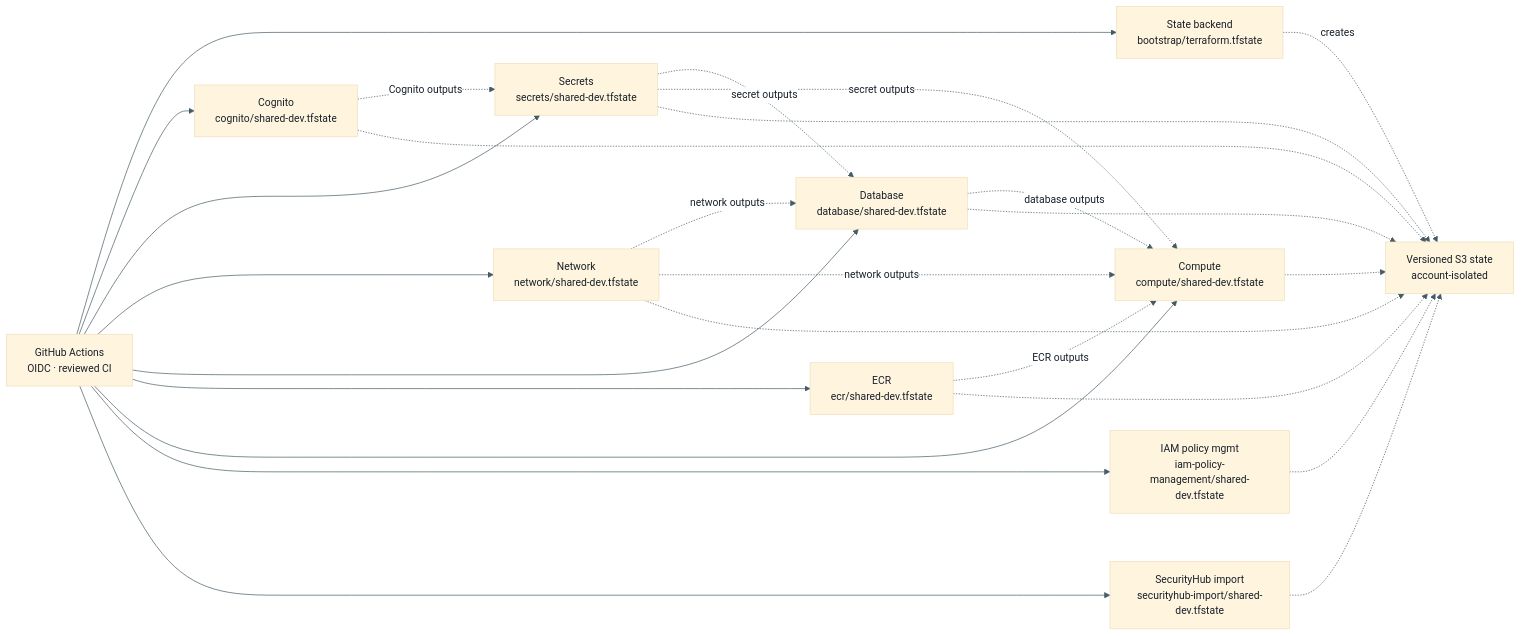
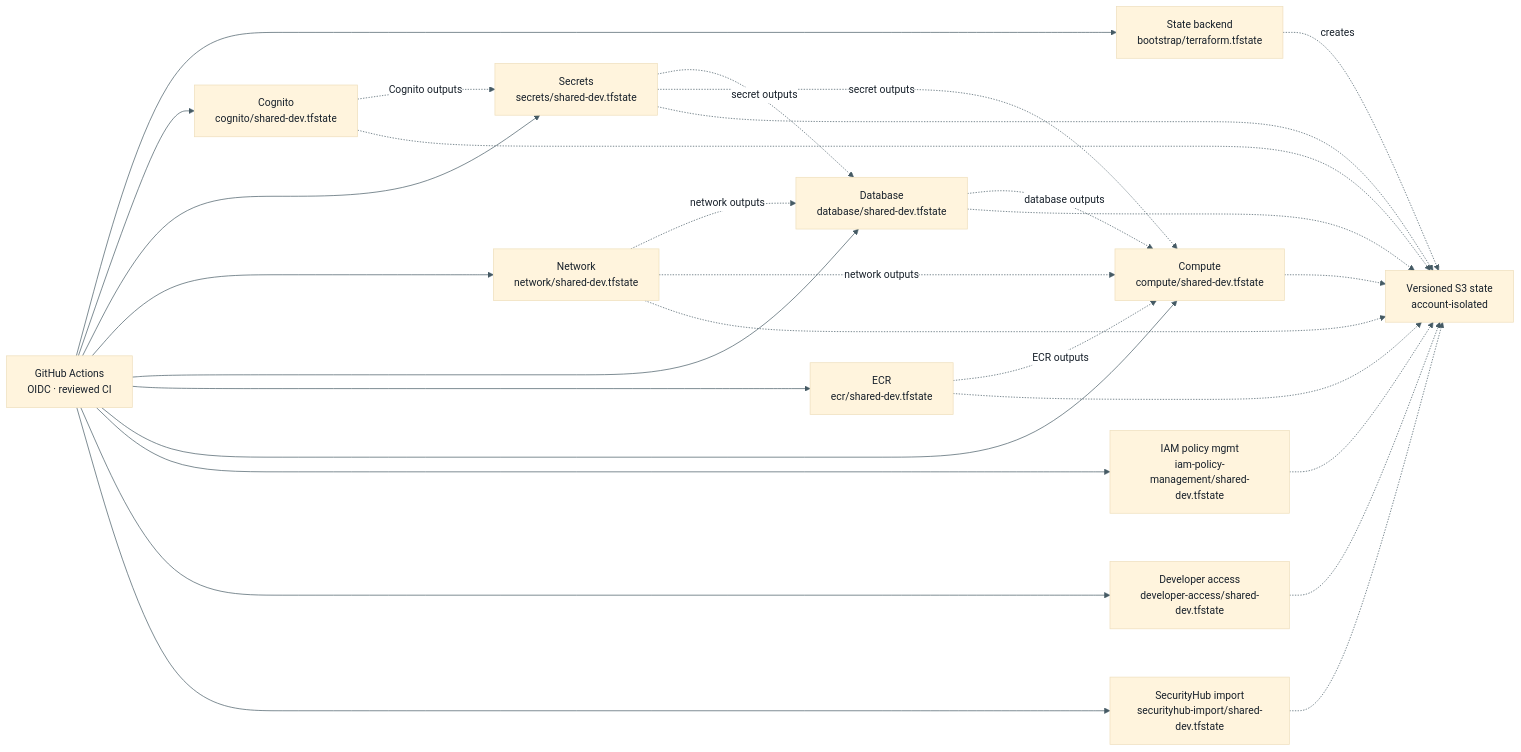
Before and after one commit to zctiong-iss/crewsafe: the second of 3 diagrams in docs/architecture/terraform-architecture.md, drawn with Mermaid. The commit also changed other lines of this file and 2 other files, not shown here.

Commit message:
feat: enhance architecture documentation with staging verification and access logging details

````diff
--- a/docs/architecture/terraform-architecture.md
+++ b/docs/architecture/terraform-architecture.md
@@ -151,56 +158,59 @@
 ```mermaid
 %%{init: {
   "theme": "base",
   "themeVariables": {
     "fontFamily": "Arial, sans-serif",
     "fontSize": "15px",
     "primaryTextColor": "#17202a",
     "lineColor": "#455a64",
     "edgeLabelBackground": "#ffffff"
   },
   "flowchart": {
     "nodeSpacing": 70,
     "rankSpacing": 90,
     "htmlLabels": true,
     "useMaxWidth": false
   }
 }}%%
 flowchart LR
   gha[GitHub Actions<br/>OIDC · reviewed CI]
   state[Versioned S3 state<br/>account-isolated]
   bootstrap[State backend<br/>bootstrap/terraform.tfstate]
   cognito[Cognito<br/>cognito/shared-dev.tfstate]
   secrets[Secrets<br/>secrets/shared-dev.tfstate]
   network[Network<br/>network/shared-dev.tfstate]
   database[Database<br/>database/shared-dev.tfstate]
   ecr[ECR<br/>ecr/shared-dev.tfstate]
   compute[Compute<br/>compute/shared-dev.tfstate]
   iam[IAM policy mgmt<br/>iam-policy-management/shared-dev.tfstate]
+  devaccess[Developer access<br/>developer-access/shared-dev.tfstate]
   importer[SecurityHub import<br/>securityhub-import/shared-dev.tfstate]
 
   gha --> bootstrap
   gha --> cognito
   gha --> secrets
   gha --> network
   gha --> database
   gha --> ecr
   gha --> compute
   gha --> iam
+  gha --> devaccess
   gha --> importer
   bootstrap -.->|creates| state
   cognito -.->|Cognito outputs| secrets
   network -.->|network outputs| database
   network -.->|network outputs| compute
   secrets -.->|secret outputs| database
   secrets -.->|secret outputs| compute
   database -.->|database outputs| compute
   ecr -.->|ECR outputs| compute
   cognito -.-> state
   secrets -.-> state
   network -.-> state
   database -.-> state
   ecr -.-> state
   compute -.-> state
   iam -.-> state
+  devaccess -.-> state
   importer -.-> state
 ```
````
